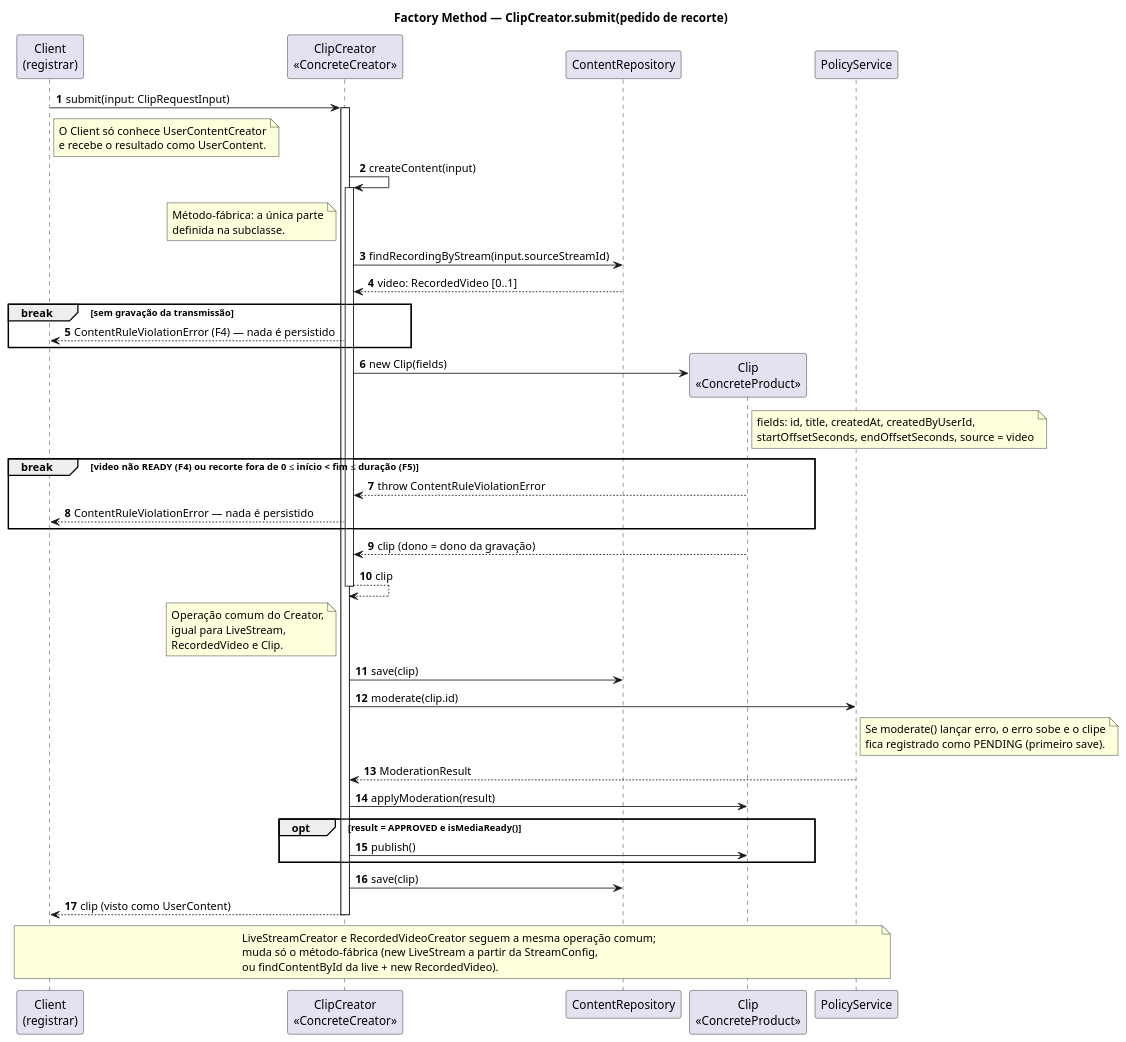
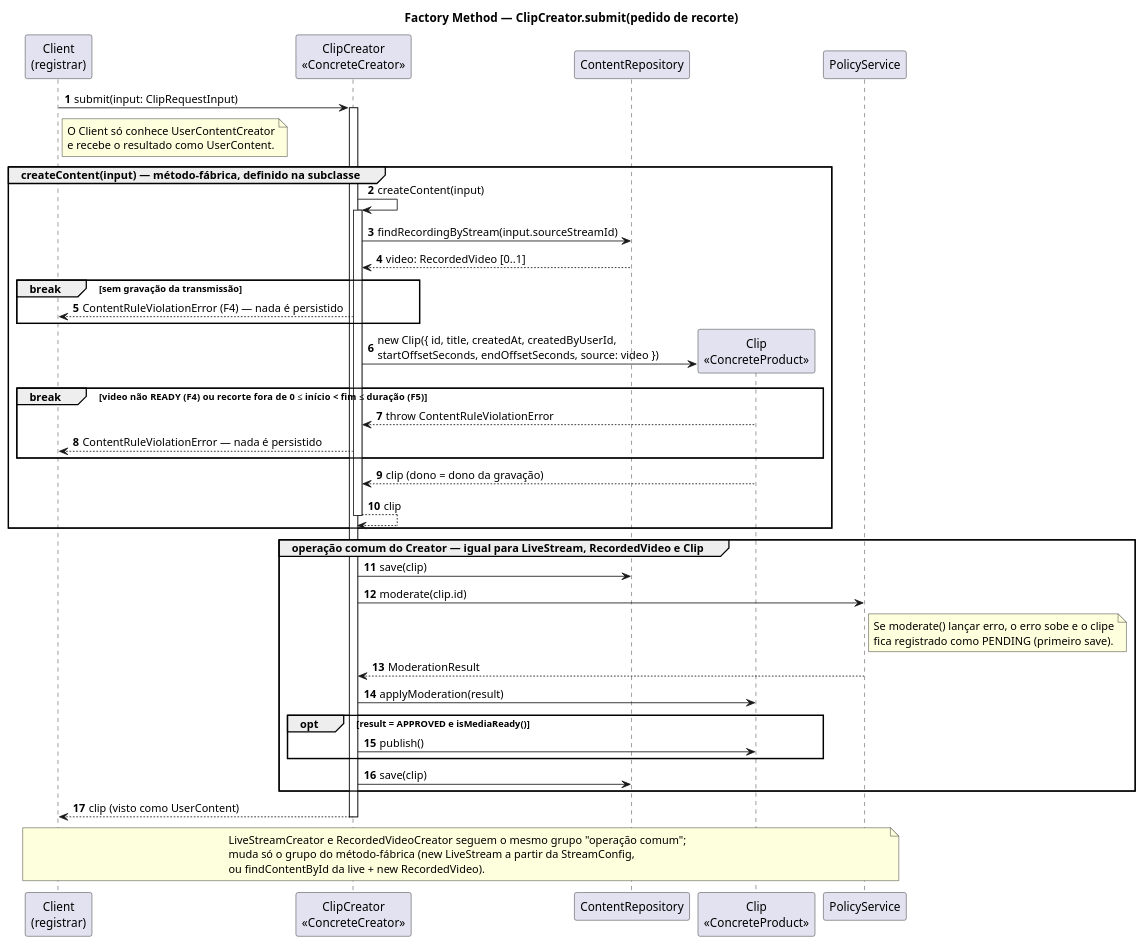
Before and after one commit to UnBArqDsw2026-2-Turma01/2026.2-T01-_G6_ProjetoStreamingVideo_Entrega_03: the diagram in docs/Base/Relatórios/1.1.1.SubEquipe_01/assets/factory-method/factory-method-sequencia-v1.puml, drawn with PlantUML. The commit also changed 9 other files, not shown here.

First line of the commit message:
docs(subequipe-01): restaurar a organizacao original dos diagramas do factory method

```diff
--- a/docs/Base/Relatórios/1.1.1.SubEquipe_01/assets/factory-method/factory-method-sequencia-v1.puml
+++ b/docs/Base/Relatórios/1.1.1.SubEquipe_01/assets/factory-method/factory-method-sequencia-v1.puml
@@ -1,72 +1,63 @@
 @startuml factory-method-sequencia-v1
 title Factory Method — ClipCreator.submit(pedido de recorte)
 
 skinparam backgroundColor #FFFFFF
 skinparam shadowing false
 skinparam sequenceMessageAlign left
 autonumber
 
 participant "Client\n(registrar)" as Client
 participant "ClipCreator\n«ConcreteCreator»" as Creator
 participant "ContentRepository" as Repo
 participant "Clip\n«ConcreteProduct»" as Clip
 participant "PolicyService" as Policy
 
 Client -> Creator : submit(input: ClipRequestInput)
 activate Creator
 note right of Client
   O Client só conhece UserContentCreator
   e recebe o resultado como UserContent.
 end note
 
-Creator -> Creator : createContent(input)
-activate Creator
-note left of Creator
-  Método-fábrica: a única parte
-  definida na subclasse.
-end note
-Creator -> Repo : findRecordingByStream(input.sourceStreamId)
-Repo --> Creator : video: RecordedVideo [0..1]
-break sem gravação da transmissão
-  Creator --> Client : ContentRuleViolationError (F4) — nada é persistido
+group createContent(input) — método-fábrica, definido na subclasse
+  Creator -> Creator : createContent(input)
+  activate Creator
+  Creator -> Repo : findRecordingByStream(input.sourceStreamId)
+  Repo --> Creator : video: RecordedVideo [0..1]
+  break sem gravação da transmissão
+    Creator --> Client : ContentRuleViolationError (F4) — nada é persistido
+  end
+  Creator -> Clip ** : new Clip({ id, title, createdAt, createdByUserId,\nstartOffsetSeconds, endOffsetSeconds, source: video })
+  break video não READY (F4) ou recorte fora de 0 ≤ início < fim ≤ duração (F5)
+    Clip --> Creator : throw ContentRuleViolationError
+    Creator --> Client : ContentRuleViolationError — nada é persistido
+  end
+  Clip --> Creator : clip (dono = dono da gravação)
+  Creator --> Creator : clip
+  deactivate Creator
 end
-Creator -> Clip ** : new Clip(fields)
-note right of Clip
-  fields: id, title, createdAt, createdByUserId,
-  startOffsetSeconds, endOffsetSeconds, source = video
-end note
-break video não READY (F4) ou recorte fora de 0 ≤ início < fim ≤ duração (F5)
-  Clip --> Creator : throw ContentRuleViolationError
-  Creator --> Client : ContentRuleViolationError — nada é persistido
+
+group operação comum do Creator — igual para LiveStream, RecordedVideo e Clip
+  Creator -> Repo : save(clip)
+  Creator -> Policy : moderate(clip.id)
+  note right of Policy
+    Se moderate() lançar erro, o erro sobe e o clipe
+    fica registrado como PENDING (primeiro save).
+  end note
+  Policy --> Creator : ModerationResult
+  Creator -> Clip : applyModeration(result)
+  opt result = APPROVED e isMediaReady()
+    Creator -> Clip : publish()
+  end
+  Creator -> Repo : save(clip)
 end
-Clip --> Creator : clip (dono = dono da gravação)
-Creator --> Creator : clip
-deactivate Creator
-
-note left of Creator
-  Operação comum do Creator,
-  igual para LiveStream,
-  RecordedVideo e Clip.
-end note
-Creator -> Repo : save(clip)
-Creator -> Policy : moderate(clip.id)
-note right of Policy
-  Se moderate() lançar erro, o erro sobe e o clipe
-  fica registrado como PENDING (primeiro save).
-end note
-Policy --> Creator : ModerationResult
-Creator -> Clip : applyModeration(result)
-opt result = APPROVED e isMediaReady()
-  Creator -> Clip : publish()
-end
-Creator -> Repo : save(clip)
 
 Creator --> Client : clip (visto como UserContent)
 deactivate Creator
 
 note over Client, Policy
-  LiveStreamCreator e RecordedVideoCreator seguem a mesma operação comum;
-  muda só o método-fábrica (new LiveStream a partir da StreamConfig,
+  LiveStreamCreator e RecordedVideoCreator seguem o mesmo grupo "operação comum";
+  muda só o grupo do método-fábrica (new LiveStream a partir da StreamConfig,
   ou findContentById da live + new RecordedVideo).
 end note
 @enduml
```
